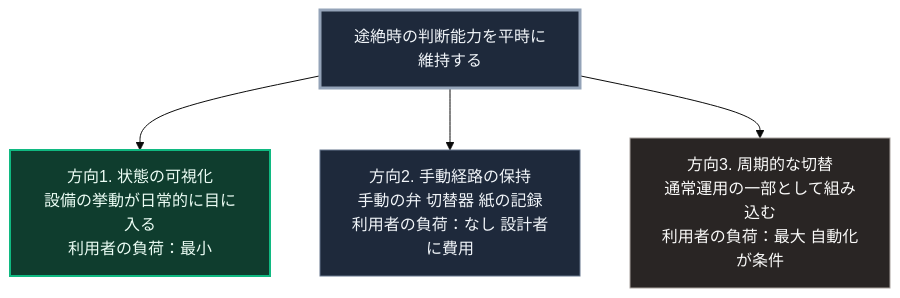
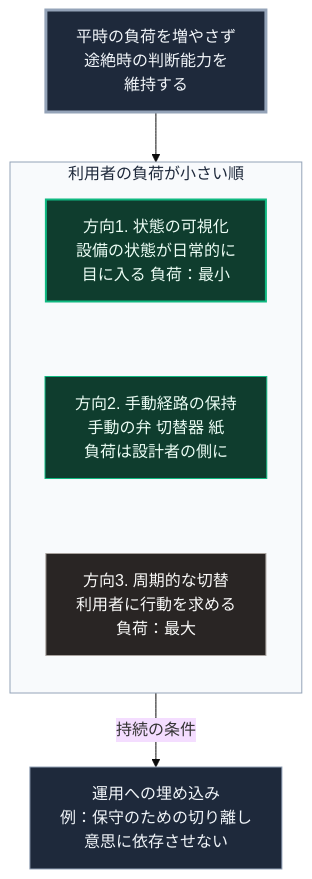
Before and after one commit to Takenori-Kusaka/zenn-content: the diagram in books/sovereign-resilience-blueprint/50_intentional-inconvenience-practice.md, drawn with Mermaid (base theme). The commit also changed other lines of this file and 114 other files, not shown here.

````diff
--- a/books/sovereign-resilience-blueprint/50_intentional-inconvenience-practice.md
+++ b/books/sovereign-resilience-blueprint/50_intentional-inconvenience-practice.md
@@ -51,12 +51,18 @@
 ```mermaid
 flowchart TD
-    Q[途絶時の判断能力を平時に維持する]
-    Q --> D1[方向1. 状態の可視化<br>設備の挙動が日常的に目に入る<br>利用者の負荷：最小]
-    Q --> D2[方向2. 手動経路の保持<br>手動の弁 切替器 紙の記録<br>利用者の負荷：なし 設計者に費用]
-    Q --> D3[方向3. 周期的な切替<br>通常運用の一部として組み込む<br>利用者の負荷：最大 自動化が条件]
+    Q[平時の負荷を増やさず<br>途絶時の判断能力を<br>維持する]
+    Q --> G
+    subgraph G[利用者の負荷が小さい順]
+        direction TB
+        D1[方向1. 状態の可視化<br>設備の状態が日常的に<br>目に入る 負荷：最小] ~~~ D2[方向2. 手動経路の保持<br>手動の弁 切替器 紙<br>負荷は設計者の側に]
+        D2 ~~~ D3[方向3. 周期的な切替<br>利用者に行動を求める<br>負荷：最大]
+    end
+    D3 -->|持続の条件| K[運用への埋め込み<br>例：保守のための切り離し<br>意思に依存させない]
 
     style Q fill:#1e293b,stroke:#94a3b8,stroke-width:3px,color:#f1f5f9
     style D1 fill:#0f3d2e,stroke:#10b981,stroke-width:2px,color:#ecfdf5
-    style D2 fill:#1e293b,stroke:#64748b,color:#f1f5f9
+    style D2 fill:#0f3d2e,stroke:#10b981,color:#ecfdf5
     style D3 fill:#292524,stroke:#a8a29e,color:#fafaf9
+    style K fill:#1e293b,stroke:#94a3b8,color:#f1f5f9
+    style G fill:#f8fafc,stroke:#94a3b8,color:#1e293b
 ```
````
